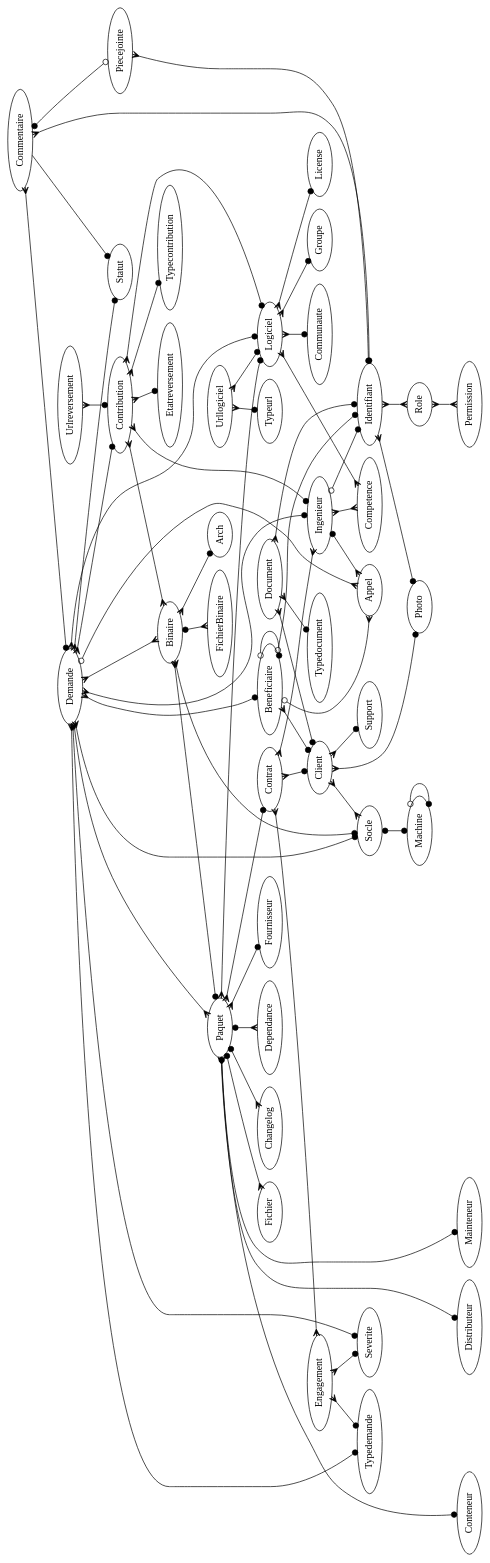
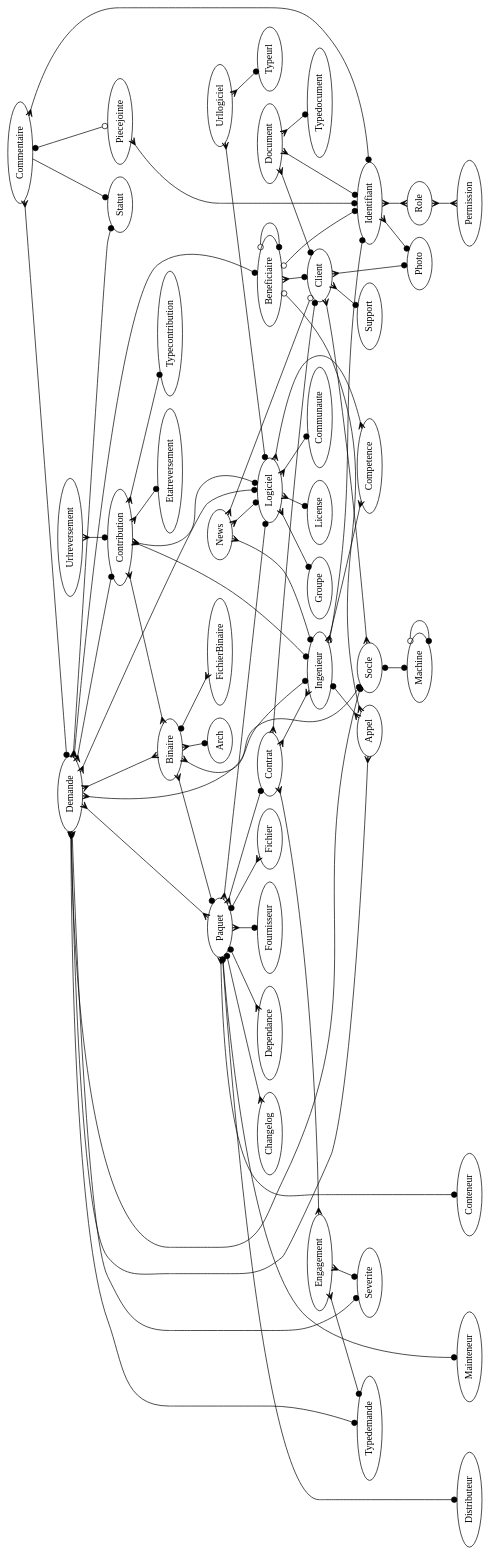
The diagram in doc/modele_donnee.dot (trivoallan/tosca), drawn with Graphviz before and after one commit. The commit also changed 1 other file, not shown here.

Commit message:
modele des news

```diff
--- a/doc/modele_donnee.dot
+++ b/doc/modele_donnee.dot
@@ -1,74 +1,79 @@
 digraph x {
 
 rotate=90;
 
 {rank=max; Distributeur Mainteneur Conteneur }
 
 Binaire -> Paquet [arrowhead=dot,arrowtail=crow,dir=both]
 Binaire -> Socle [arrowhead=dot,dir=both,arrowtail=crow]
 Binaire -> Arch [arrowhead=dot,dir=both,arrowtail=crow]
 Binaire -> FichierBinaire [arrowhead=crow,dir=both,arrowtail=dot]
 
 Beneficiaire -> Identifiant [arrowhead=dot,arrowtail=odot,dir=both]
 Beneficiaire -> Appel [arrowhead=crow,arrowtail=odot,dir=both]
 Beneficiaire -> Client [arrowhead=dot,dir=both,arrowtail=crow]
 Beneficiaire -> Beneficiaire [arrowhead=dot,arrowtail=odot,dir=both]
 Client -> Photo [arrowhead=dot,dir=both,arrowtail=crow]
 Client -> Support [arrowhead=dot,dir=both,arrowtail=crow]
 Client -> Socle [arrowhead=crow,dir=both,arrowtail=crow]
 Commentaire -> Demande [arrowhead=dot,dir=both,arrowtail=crow]
 Commentaire -> Identifiant [arrowhead=dot,dir=both,arrowtail=crow]
 Commentaire -> Piecejointe [arrowhead=odot,dir=both,arrowtail=dot]
 Commentaire -> Statut [arrowhead=dot]
 Contrat -> Client [arrowhead=dot,dir=both,arrowtail=crow]
 Contrat -> Ingenieur [arrowhead=crow,arrowtail=crow,dir=both]
 Contrat -> Engagement [arrowhead=crow,arrowtail=crow,dir=both]
 Identifiant -> Photo [arrowhead=dot,dir=both,arrowtail=crow]
 Identifiant -> Role [arrowhead=crow,arrowtail=crow,dir=both]
 Ingenieur -> Competence [arrowhead=crow,arrowtail=crow,dir=both]
 Ingenieur -> Identifiant [arrowhead=dot,arrowtail=odot,dir=both]
 Ingenieur -> Appel [arrowhead=crow,dir=both,arrowtail=dot]
 Logiciel -> Competence [arrowhead=crow,arrowtail=crow,dir=both]
 Logiciel -> License [arrowhead=dot,dir=both,arrowtail=crow]
 Logiciel -> Communaute [arrowhead=dot,dir=both,arrowtail=crow]
 Logiciel -> Groupe [arrowhead=dot,dir=both,arrowtail=crow]
+
+News -> Ingenieur [arrowhead=dot,dir=both,arrowtail=crow]
+News -> Client [arrowhead=odot,dir=both,arrowtail=crow]
+News -> Logiciel [arrowhead=dot,dir=both,arrowtail=crow]
+
 Paquet -> Logiciel [arrowhead=dot,dir=both,arrowtail=crow]
 Paquet -> Fournisseur [arrowhead=dot,dir=both,arrowtail=crow]
 Paquet -> Fichier [arrowhead=crow,dir=both,arrowtail=dot]
 Paquet -> Contrat [arrowhead=dot,dir=both,arrowtail=crow]
 Paquet -> Changelog [arrowhead=crow,dir=both,arrowtail=dot]
 Paquet -> Distributeur [arrowhead=dot,dir=both,arrowtail=dot]
 Paquet -> Dependance [arrowhead=crow,dir=both,arrowtail=dot]
 Paquet -> Mainteneur [arrowhead=dot,dir=both,arrowtail=crow]
 Paquet -> Conteneur [arrowhead=dot,dir=both,arrowtail=crow]
 Socle -> Machine [arrowhead=dot,dir=both,arrowtail=dot]
 Machine -> Machine [arrowhead=dot,dir=both,arrowtail=odot]
 Demande -> Typedemande [arrowhead=dot,dir=both,arrowtail=crow]
 Demande -> Logiciel [arrowhead=dot,dir=both,arrowtail=crow]
 Demande -> Severite [arrowhead=dot,dir=both,arrowtail=crow]
 Demande -> Beneficiaire [arrowhead=dot,dir=both,arrowtail=crow]
 Demande -> Socle [arrowhead=dot,dir=both,arrowtail=crow]
 Demande -> Statut [arrowhead=dot,dir=both,arrowtail=crow]
 Demande -> Ingenieur [arrowhead=dot,dir=both,arrowtail=crow]
 Demande -> Binaire [arrowhead=crow,arrowtail=crow,dir=both]
 Demande -> Paquet [arrowhead=crow,arrowtail=crow,dir=both]
 Demande -> Appel [arrowhead=crow,arrowtail=odot,dir=both]
 Urllogiciel -> Logiciel [arrowhead=dot,dir=both,arrowtail=crow]
 Urllogiciel -> Typeurl [arrowhead=dot,dir=both,arrowtail=crow]
 Engagement -> Severite [arrowhead=dot,dir=both,arrowtail=crow]
 Engagement -> Typedemande [arrowhead=dot,dir=both,arrowtail=crow]
 Role -> Permission [arrowhead=crow,arrowtail=crow,dir=both]
 Contribution -> Binaire [arrowhead=crow,arrowtail=crow,dir=both]
 Urlreversement -> Contribution [arrowhead=dot,dir=both,arrowtail=crow]
 Demande -> Contribution [arrowhead=dot,dir=both,arrowtail=crow]
 Contribution -> Etatreversement [arrowhead=dot,dir=both,arrowtail=crow]
 Contribution -> Typecontribution [arrowhead=dot,dir=both,arrowtail=crow]
 Contribution -> Logiciel [arrowhead=dot,dir=both,arrowtail=crow]
 Contribution -> Ingenieur [arrowhead=dot,dir=both,arrowtail=crow]
 Piecejointe -> Identifiant [arrowtail=crow,dir=both,arrowhead=dot]
 Document -> Client [arrowhead=dot,dir=both,arrowtail=crow]
 Document -> Typedocument [arrowhead=dot,dir=both,arrowtail=crow]
 Document -> Identifiant [arrowhead=dot,dir=both,arrowtail=crow]
 
 
 }
```
